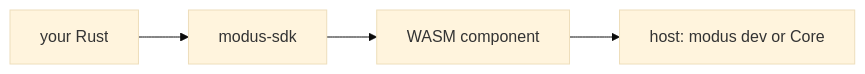
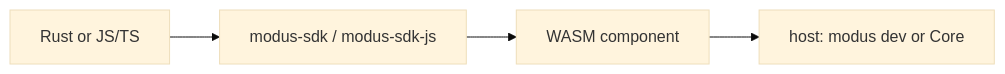
Before and after one commit to CaptainGnome/modus-docs: the diagram in en/ref/00-contract.md, drawn with Mermaid (base theme). The commit also changed other lines of this file and 26 other files, not shown here.

````diff
--- a/en/ref/00-contract.md
+++ b/en/ref/00-contract.md
@@ -9,6 +9,6 @@
 ```mermaid
 flowchart LR
-  rust[your Rust] --> sdk[modus-sdk]
+  guest["Rust or JS/TS"] --> sdk["modus-sdk / modus-sdk-js"]
   sdk --> wasm[WASM component]
   wasm --> host["host: modus dev or Core"]
 ```
````
